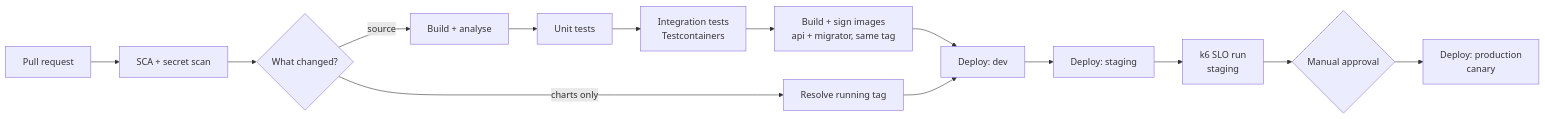
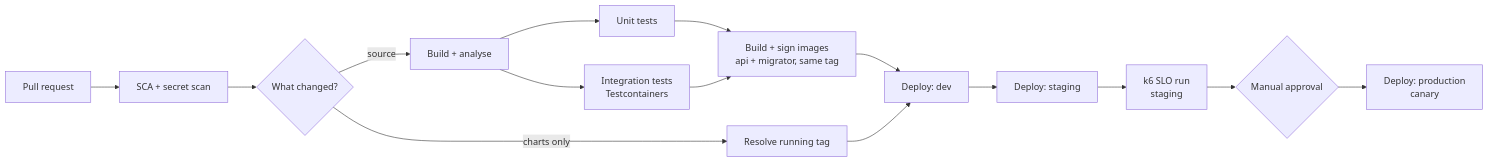
The diagram in docs/backend-architecture/15-cicd-deployment.md (alexander-shamray/blueprint-backend), drawn with Mermaid before and after one commit. The commit also changed 3 other files, not shown here.

````diff
--- a/docs/backend-architecture/15-cicd-deployment.md
+++ b/docs/backend-architecture/15-cicd-deployment.md
@@ -5,16 +5,17 @@
 ```mermaid
 graph LR
     PR[Pull request] --> SEC[SCA + secret scan]
     SEC --> K{What changed?}
     K -->|source| B[Build + analyse]
     B --> UT[Unit tests]
-    UT --> IT[Integration tests<br/>Testcontainers]
-    IT --> IMG[Build + sign images<br/>api + migrator, same tag]
+    B --> IT[Integration tests<br/>Testcontainers]
+    UT --> IMG[Build + sign images<br/>api + migrator, same tag]
+    IT --> IMG
     IMG --> DEV[Deploy: dev]
     K -->|charts only| TAG[Resolve running tag]
     TAG --> DEV
     DEV --> STG[Deploy: staging]
     STG --> SLO[k6 SLO run<br/>staging]
     SLO --> APP{Manual approval}
     APP --> PRD[Deploy: production<br/>canary]
 ```
````
